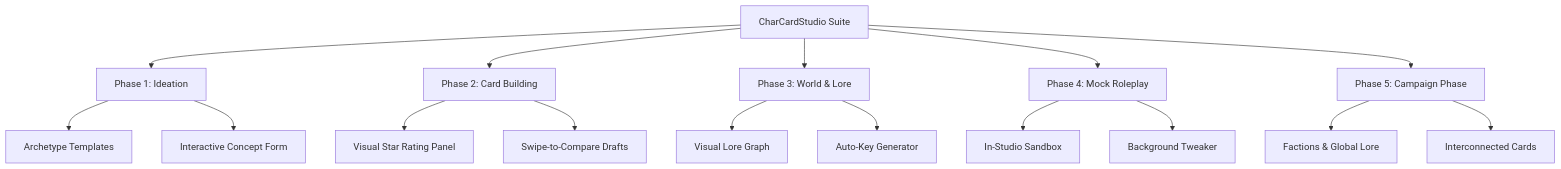
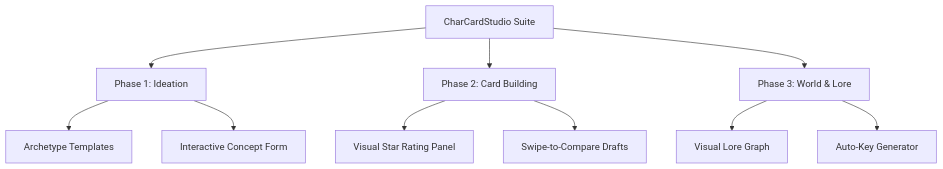
Before and after one commit to MMKAVERAPPA/SillyTavern-CharCardStudio: the diagram in Plan.md, drawn with Mermaid. The commit also changed other lines of this file and 6 other files, not shown here.

````diff
--- a/Plan.md
+++ b/Plan.md
@@ -54,23 +54,16 @@
 ```mermaid
 graph TD
     A[CharCardStudio Suite] --> B[Phase 1: Ideation]
     A --> C[Phase 2: Card Building]
     A --> D[Phase 3: World & Lore]
-    A --> E[Phase 4: Mock Roleplay]
-    A --> F[Phase 5: Campaign Phase]
     
     B --> B1[Archetype Templates]
     B --> B2[Interactive Concept Form]
     
     C --> C1[Visual Star Rating Panel]
     C --> C2[Swipe-to-Compare Drafts]
     
     D --> D1[Visual Lore Graph]
     D --> D2[Auto-Key Generator]
-    
-    E --> E1[In-Studio Sandbox]
-    E --> E2[Background Tweaker]
 
-    F --> F1[Factions & Global Lore]
-    F --> F2[Interconnected Cards]
 ```
````
